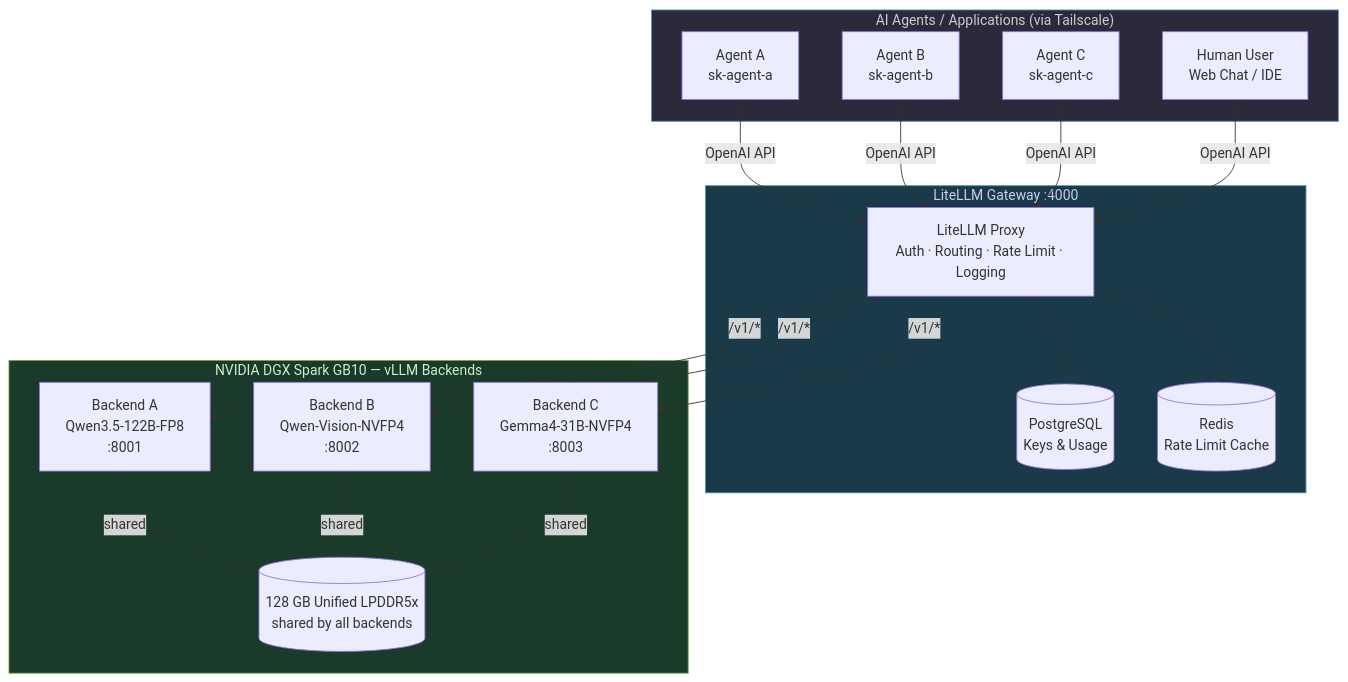
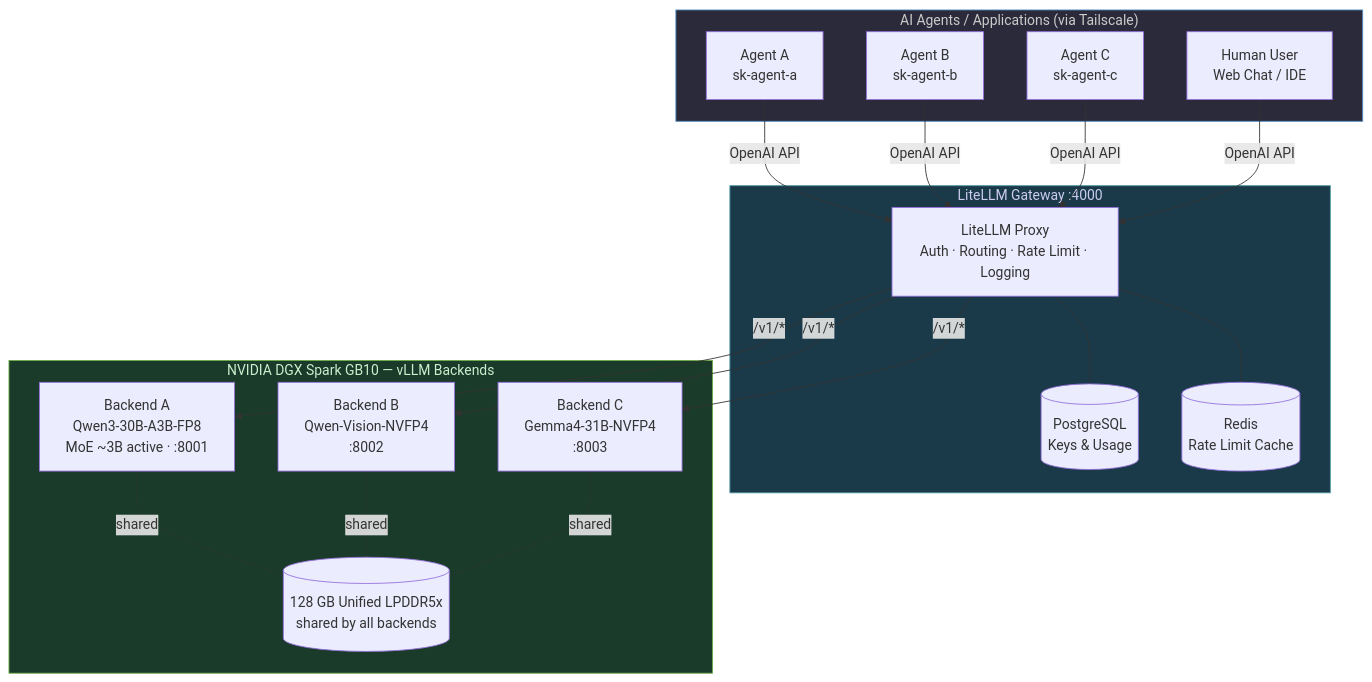
One commit to tonylnng/tonic-nvidia-dgx changed the first of 3 diagrams in README.md. Above: the diagram before and after it, drawn with Mermaid. The commit also changed other lines of this file and 7 other files, not shown here.

````diff
--- a/README.md
+++ b/README.md
@@ -116,40 +117,40 @@
 ```mermaid
 graph TB
     subgraph Clients["AI Agents / Applications (via Tailscale)"]
         A1[Agent A<br/>sk-agent-a]
         A2[Agent B<br/>sk-agent-b]
         A3[Agent C<br/>sk-agent-c]
         UI[Human User<br/>Web Chat / IDE]
     end
 
     subgraph Gateway["LiteLLM Gateway :4000"]
         LLM[LiteLLM Proxy<br/>Auth · Routing · Rate Limit · Logging]
         PG[(PostgreSQL<br/>Keys & Usage)]
         RD[(Redis<br/>Rate Limit Cache)]
         LLM --- PG
         LLM --- RD
     end
 
     subgraph Spark["NVIDIA DGX Spark GB10 — vLLM Backends"]
-        B1[Backend A<br/>Qwen3.5-122B-FP8<br/>:8001]
+        B1[Backend A<br/>Qwen3-30B-A3B-FP8<br/>MoE ~3B active · :8001]
         B2[Backend B<br/>Qwen-Vision-NVFP4<br/>:8002]
         B3[Backend C<br/>Gemma4-31B-NVFP4<br/>:8003]
         MEM[(128 GB Unified LPDDR5x<br/>shared by all backends)]
         B1 -.shared.- MEM
         B2 -.shared.- MEM
         B3 -.shared.- MEM
     end
 
     A1 -->|OpenAI API| LLM
     A2 -->|OpenAI API| LLM
     A3 -->|OpenAI API| LLM
     UI -->|OpenAI API| LLM
 
     LLM -->|/v1/*| B1
     LLM -->|/v1/*| B2
     LLM -->|/v1/*| B3
 
     style Gateway fill:#1a3a4a,color:#cce,stroke:#4f98a3
     style Spark fill:#1a3a2a,color:#cec,stroke:#6daa45
     style Clients fill:#2a2a3a,color:#ccc,stroke:#5591c7
 ```
````
